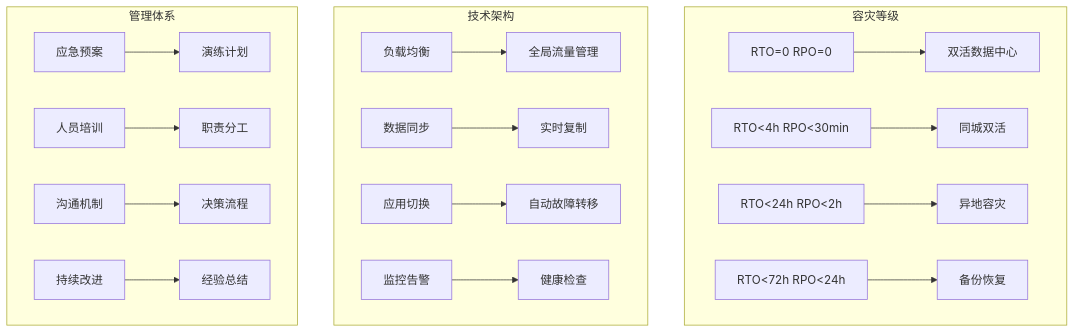
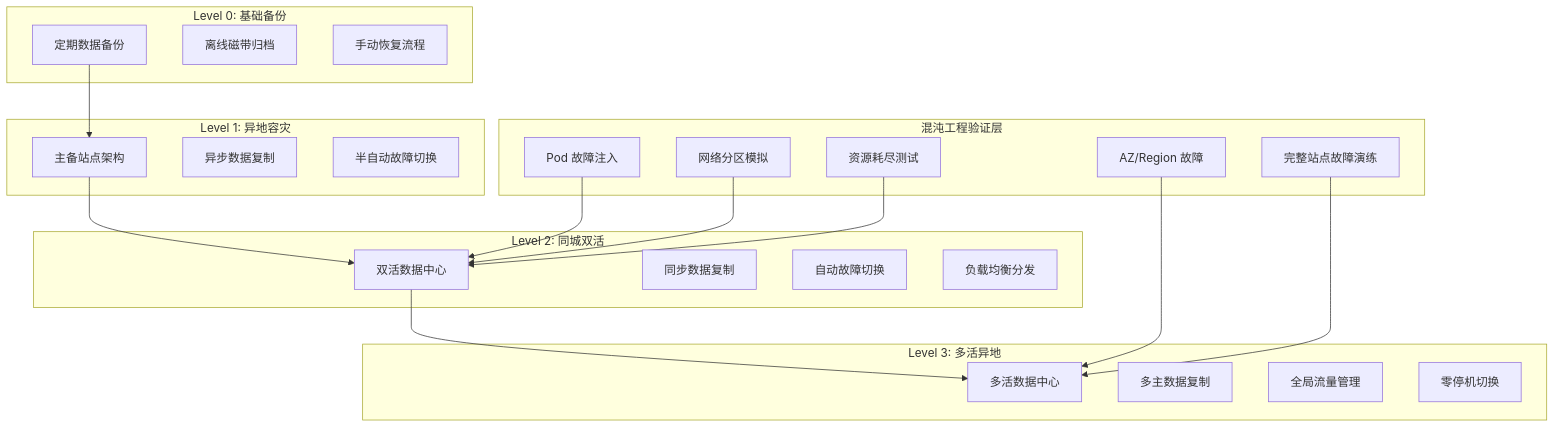
Before and after one commit to kudig-io/kudig-database: the diagram in domain-30-disaster-recovery-business-continuity/03-enterprise-disaster-recovery-chaos-engineering.md, drawn with Mermaid. The commit also changed other lines of this file and 8633 other files, not shown here.

````diff
--- a/domain-30-disaster-recovery-business-continuity/03-enterprise-disaster-recovery-chaos-engineering.md
+++ b/domain-30-disaster-recovery-business-continuity/03-enterprise-disaster-recovery-chaos-engineering.md
@@ -14,23 +77,43 @@
 ```mermaid
 graph TB
-    subgraph "容灾等级"
-        A[RTO=0 RPO=0] --> B[双活数据中心]
-        C[RTO<4h RPO<30min] --> D[同城双活]
-        E[RTO<24h RPO<2h] --> F[异地容灾]
-        G[RTO<72h RPO<24h] --> H[备份恢复]
+    subgraph "Level 0: 基础备份"
+        B1[定期数据备份]
+        B2[离线磁带归档]
+        B3[手动恢复流程]
     end
     
-    subgraph "技术架构"
-        I[负载均衡] --> J[全局流量管理]
-        K[数据同步] --> L[实时复制]
-        M[应用切换] --> N[自动故障转移]
-        O[监控告警] --> P[健康检查]
+    subgraph "Level 1: 异地容灾"
+        C1[主备站点架构]
+        C2[异步数据复制]
+        C3[半自动故障切换]
     end
     
-    subgraph "管理体系"
-        Q[应急预案] --> R[演练计划]
-        S[人员培训] --> T[职责分工]
-        U[沟通机制] --> V[决策流程]
-        W[持续改进] --> X[经验总结]
+    subgraph "Level 2: 同城双活"
+        D1[双活数据中心]
+        D2[同步数据复制]
+        D3[自动故障切换]
+        D4[负载均衡分发]
     end
+    
+    subgraph "Level 3: 多活异地"
+        E1[多活数据中心]
+        E2[多主数据复制]
+        E3[全局流量管理]
+        E4[零停机切换]
+    end
+    
+    subgraph "混沌工程验证层"
+        F1[Pod 故障注入]
+        F2[网络分区模拟]
+        F3[资源耗尽测试]
+        F4[AZ/Region 故障]
+        F5[完整站点故障演练]
+    end
+    
+    B1 --> C1
+    C1 --> D1
+    D1 --> E1
+    
+    F1 & F2 & F3 --> D1
+    F4 & F5 --> E1
 ```
````
